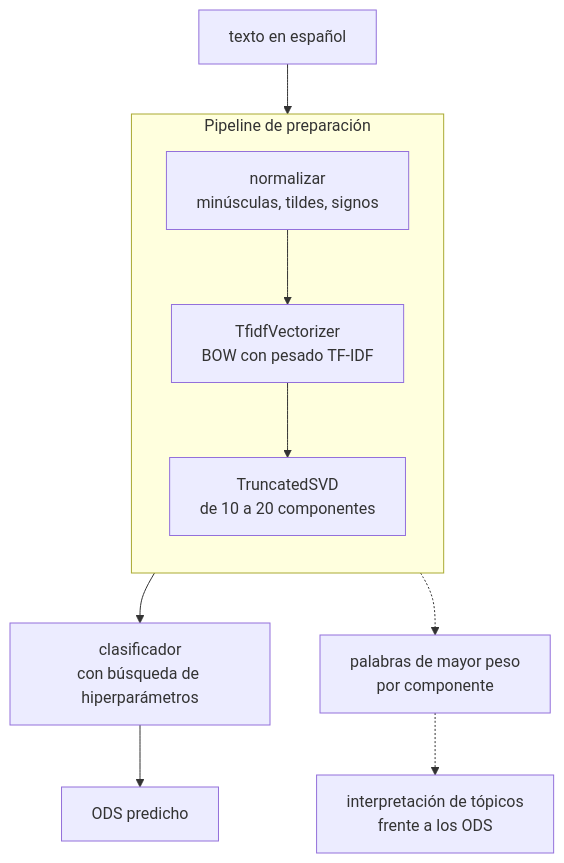
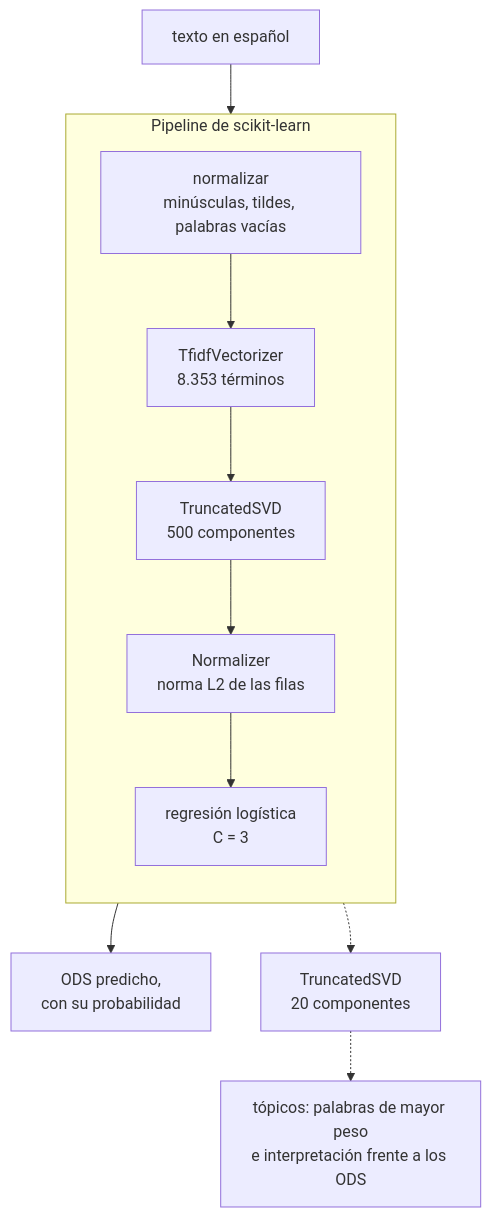
One commit to JuanLara18/ods-clasificacion-textos changed the diagram in README.md. Above: the diagram before and after it, drawn with Mermaid. The commit also changed other lines of this file, not shown here.

Commit message:
docs: reescribe el readme con el resultado primero y el diagrama del metodo real

````diff
--- a/README.md
+++ b/README.md
@@ -12,13 +38,14 @@
 ```mermaid
 flowchart TB
-  T["texto en español"] --> P
-  subgraph P["Pipeline de preparación"]
+  T["texto en español"] --> N
+  subgraph P["Pipeline de scikit-learn"]
     direction TB
-    N["normalizar<br/>minúsculas, tildes, signos"] --> V["TfidfVectorizer<br/>BOW con pesado TF-IDF"]
-    V --> S["TruncatedSVD<br/>de 10 a 20 componentes"]
+    N["normalizar<br/>minúsculas, tildes, palabras vacías"] --> V["TfidfVectorizer<br/>8.353 términos"]
+    V --> S["TruncatedSVD<br/>500 componentes"]
+    S --> R["Normalizer<br/>norma L2 de las filas"]
+    R --> C["regresión logística<br/>C = 3"]
   end
-  S --> C["clasificador<br/>con búsqueda de hiperparámetros"]
-  C --> O["ODS predicho"]
-  S -.-> L["palabras de mayor peso<br/>por componente"]
-  L -.-> I["interpretación de tópicos<br/>frente a los ODS"]
+  C --> O["ODS predicho,<br/>con su probabilidad"]
+  V -.-> S20["TruncatedSVD<br/>20 componentes"]
+  S20 -.-> I["tópicos: palabras de mayor peso<br/>e interpretación frente a los ODS"]
 ```
````
